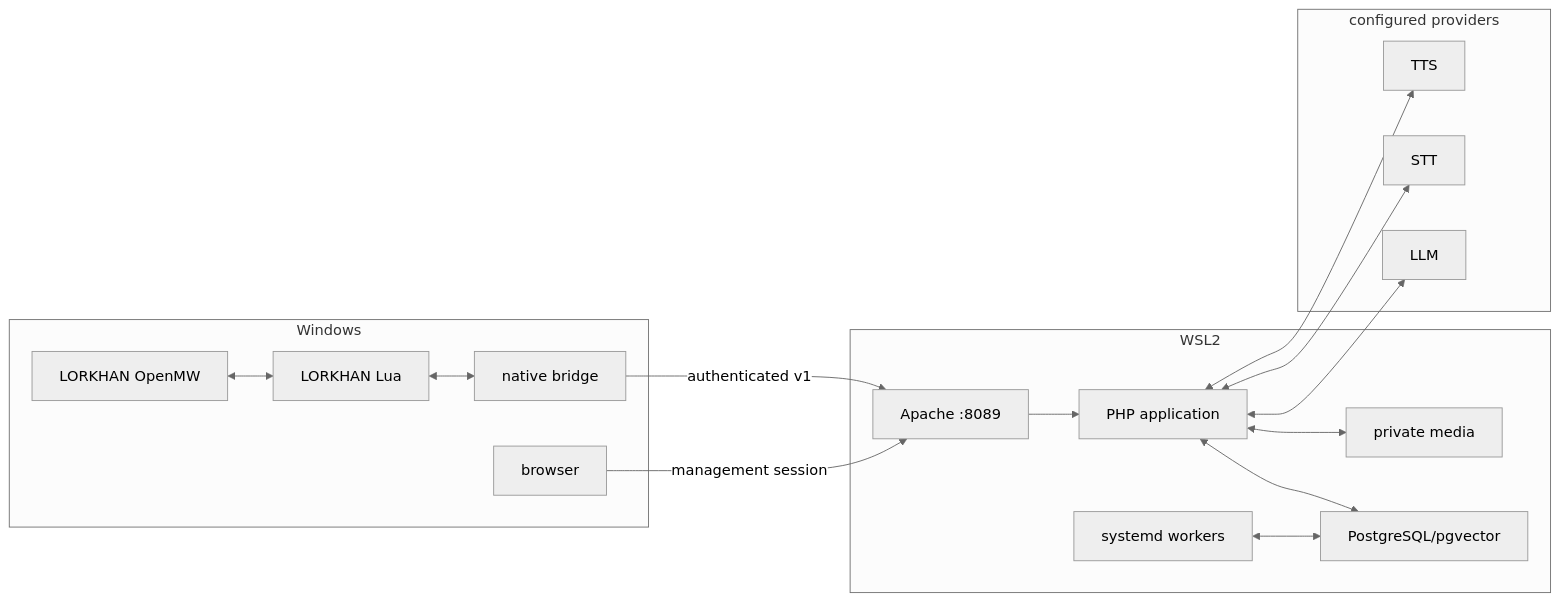
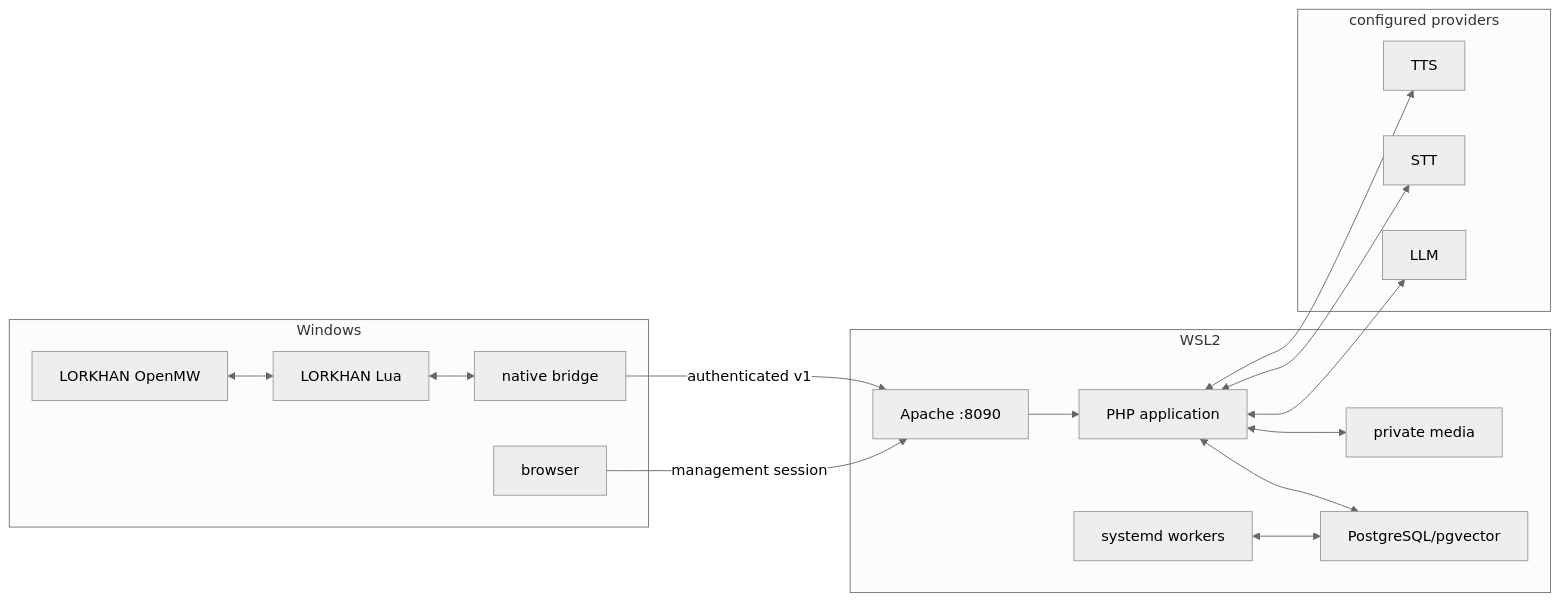
The first of 2 diagrams in docs/REFERENCE-SERVER-DATAFLOW.md (Dwemer-Dynamics/LorkhanServer), drawn with Mermaid (neutral theme) before and after one commit. The commit also changed other lines of this file and 6 other files, not shown here.

````diff
--- a/docs/REFERENCE-SERVER-DATAFLOW.md
+++ b/docs/REFERENCE-SERVER-DATAFLOW.md
@@ -21,27 +21,27 @@
 ```mermaid
 flowchart LR
   subgraph WIN["Windows"]
     O["LORKHAN OpenMW"]
     L["LORKHAN Lua"]
     N["native bridge"]
     B["browser"]
     O <--> L
     L <--> N
   end
   subgraph WSL["WSL2"]
-    A["Apache :8089"] --> H["PHP application"]
+    A["Apache :8090"] --> H["PHP application"]
     H <--> D["PostgreSQL/pgvector"]
     H <--> M["private media"]
     W["systemd workers"] <--> D
   end
   subgraph PROVIDERS["configured providers"]
     X["LLM"]
     Y["STT"]
     Z["TTS"]
   end
   N -->|"authenticated v1"| A
   B -->|"management session"| A
   H <--> X
   H <--> Y
   H <--> Z
 ```
````
